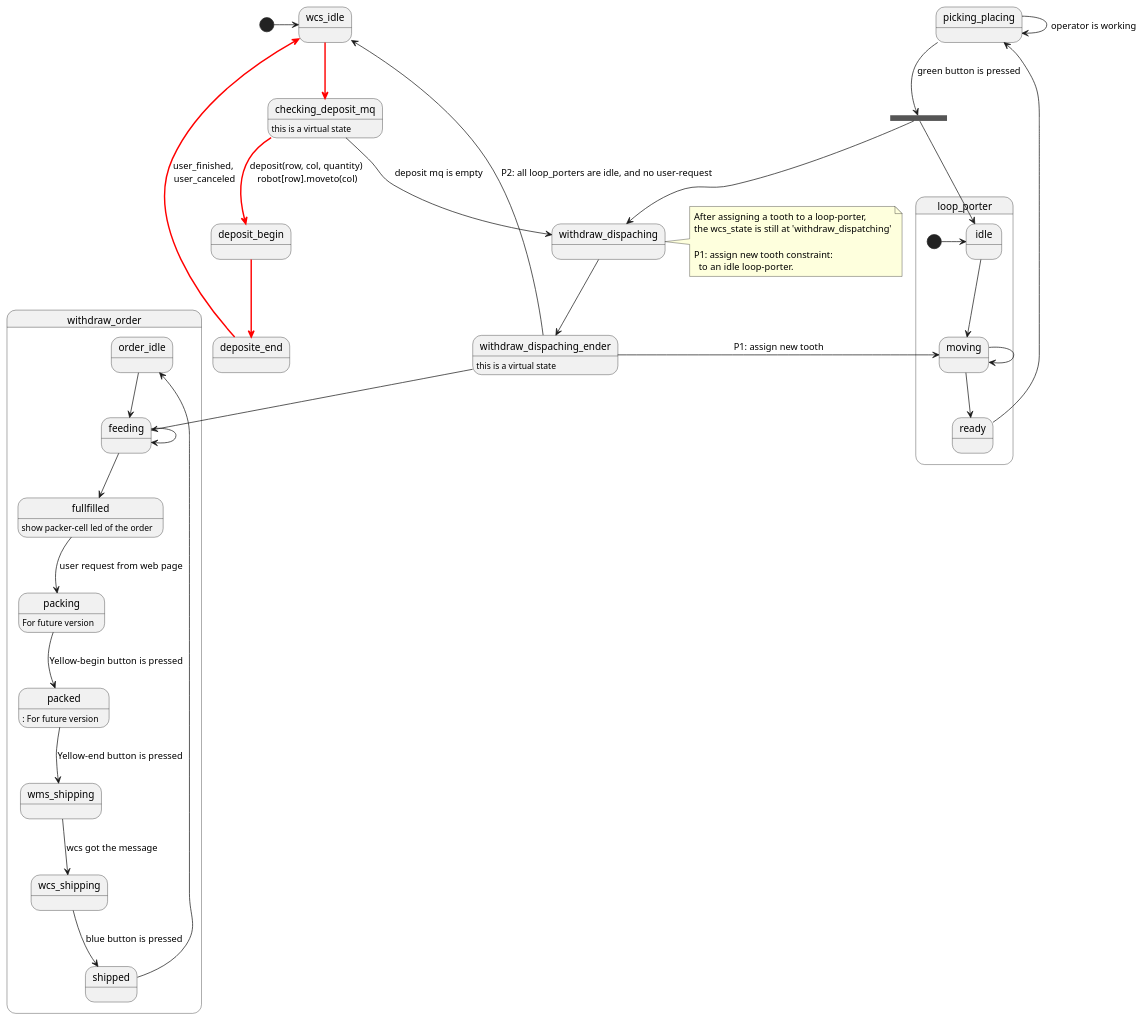
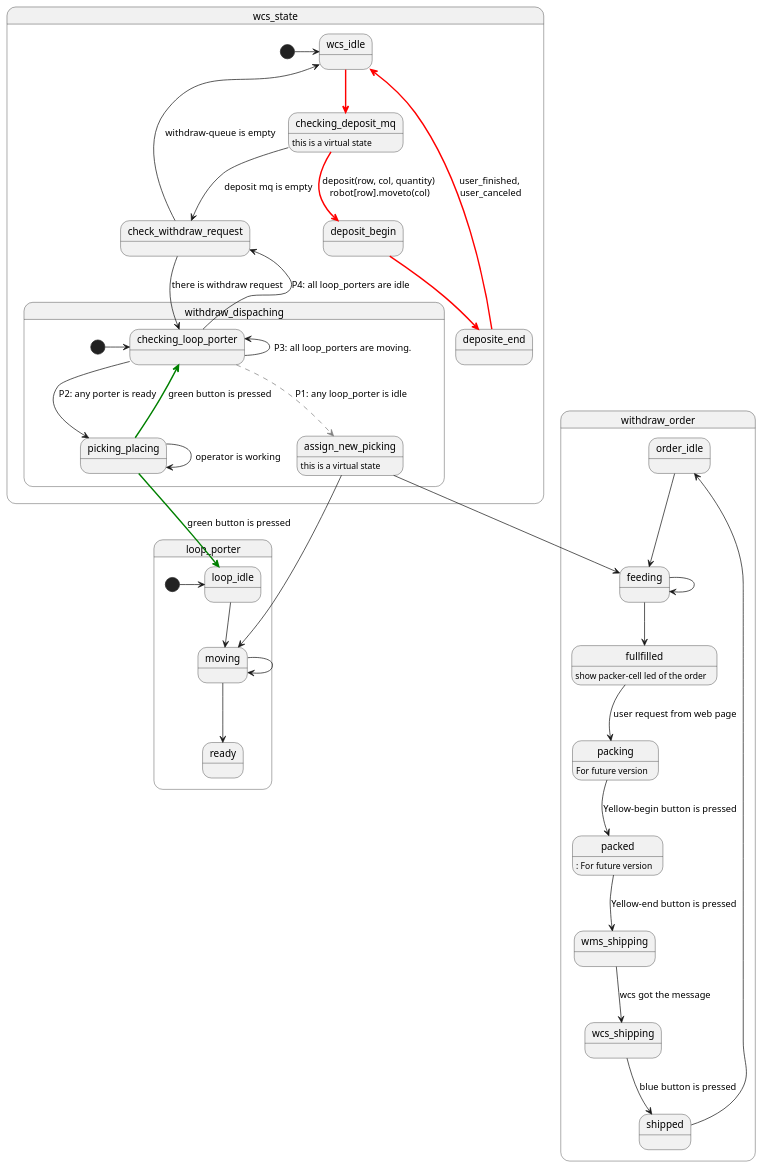
Before and after one commit to voicevon/gobot_front: the diagram in apps/twh2/docs/wcs_state_machine.puml, drawn with PlantUML.

Commit message:
statemachine  is better

```diff
--- a/apps/twh2/docs/wcs_state_machine.puml
+++ b/apps/twh2/docs/wcs_state_machine.puml
@@ -1,57 +1,54 @@
 @startuml
-[*] -> wcs_idle
 
-wcs_idle-[#red,bold]-> checking_deposit_mq
-checking_deposit_mq -[#red,bold]-> deposit_begin: deposit(row, col, quantity) \nrobot[row].moveto(col)
-deposit_begin -[#red,bold]-> deposite_end
-deposite_end -[#red,bold]->wcs_idle: user_finished, \nuser_canceled
+state wcs_state{
+	[*] -> wcs_idle
+	wcs_idle-[#red,bold]-> checking_deposit_mq
+	checking_deposit_mq -[#red,bold]-> deposit_begin: deposit(row, col, quantity) \nrobot[row].moveto(col)
+	deposit_begin -[#red,bold]-> deposite_end
+	deposite_end -[#red,bold]->wcs_idle: user_finished, \nuser_canceled
+	checking_deposit_mq: this is a virtual state
 
-checking_deposit_mq --> withdraw_dispaching: deposit mq is empty
-checking_deposit_mq: this is a virtual state
-  state loop_porter {
-    [*] -> idle 
-    idle --> moving
-    moving -> moving
-    moving --> ready
-  }
-  
-' checking_withdraw_request --> moving
-state ending <<fork>>
-ready-->picking_placing
-picking_placing -> picking_placing: operator is working
-picking_placing --> ending:  green button is pressed
-ending --> idle
-ending --> withdraw_dispaching
-withdraw_dispaching --> withdraw_dispaching_ender
-withdraw_dispaching_ender --> moving: P1: assign new tooth
-withdraw_dispaching_ender -->  wcs_idle:  P2: all loop_porters are idle, and no user-request
-withdraw_dispaching_ender: this is a virtual state
-' checking_withdraw_request --> wcs_idle: request is empty
-' checking_withdraw_request --> withdraw_begin: withdraw(list(row,col))
-' withdraw_begin -->  withdraw_end: green button is pressed
+	state withdraw_dispaching{
+		[*] -> checking_loop_porter
+		checking_loop_porter -[#grey,dashed]-> assign_new_picking : P1: any loop_porter is idle
+		assign_new_picking: this is a virtual state
+		checking_loop_porter --> picking_placing : P2: any porter is ready  
+		checking_loop_porter <-- checking_loop_porter: P3: all loop_porters are moving.
+		picking_placing -> picking_placing: operator is working
+		picking_placing -[#green,bold]-> checking_loop_porter : green button is pressed
+	}
+	checking_deposit_mq --> check_withdraw_request: deposit mq is empty
+	check_withdraw_request --> wcs_idle:  withdraw-queue is empty
+	check_withdraw_request --> checking_loop_porter: there is withdraw request
+	check_withdraw_request <-- checking_loop_porter: P4: all loop_porters are idle
+}
 
-note right of withdraw_dispaching
-  After assigning a tooth to a loop-porter, 
-  the wcs_state is still at 'withdraw_dispatching'
 
-  P1: assign new tooth constraint: 
-    to an idle loop-porter.
-end note
+state loop_porter {
+	[*] -> loop_idle 
+	loop_idle --> moving
+	moving -> moving
+	moving --> ready
+}
+
+picking_placing -[#green,bold]-> loop_idle : green button is pressed
+assign_new_picking --> moving
+
 
 state withdraw_order{
-  order_idle --> feeding
-  feeding --> feeding
-  feeding --> fullfilled
-  fullfilled --> packing: user request from web page
-  packing --> packed: Yellow-begin button is pressed
-  packed --> wms_shipping: Yellow-end button is pressed
-  wms_shipping --> wcs_shipping: wcs got the message
-  wcs_shipping --> shipped: blue button is pressed
-  shipped --> order_idle
-  packing: For future version
-  packed:: For future version
-  fullfilled: show packer-cell led of the order
+	order_idle --> feeding
+	feeding --> feeding
+	feeding --> fullfilled
+	fullfilled --> packing: user request from web page
+	packing --> packed: Yellow-begin button is pressed
+	packed --> wms_shipping: Yellow-end button is pressed
+	wms_shipping --> wcs_shipping: wcs got the message
+	wcs_shipping --> shipped: blue button is pressed
+	shipped --> order_idle
+	packing: For future version
+	packed:: For future version
+	fullfilled: show packer-cell led of the order
 }
 
-withdraw_dispaching_ender --> feeding
+assign_new_picking --> feeding
 @enduml
```
